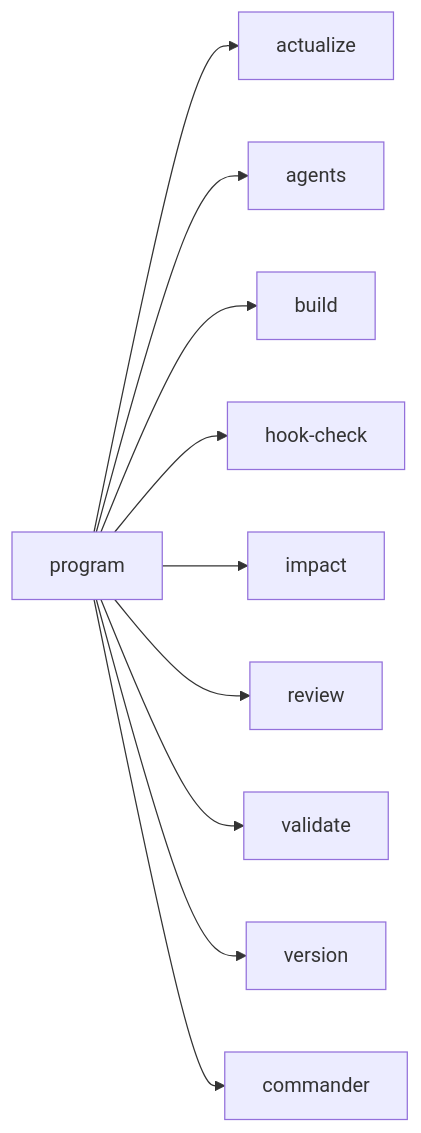
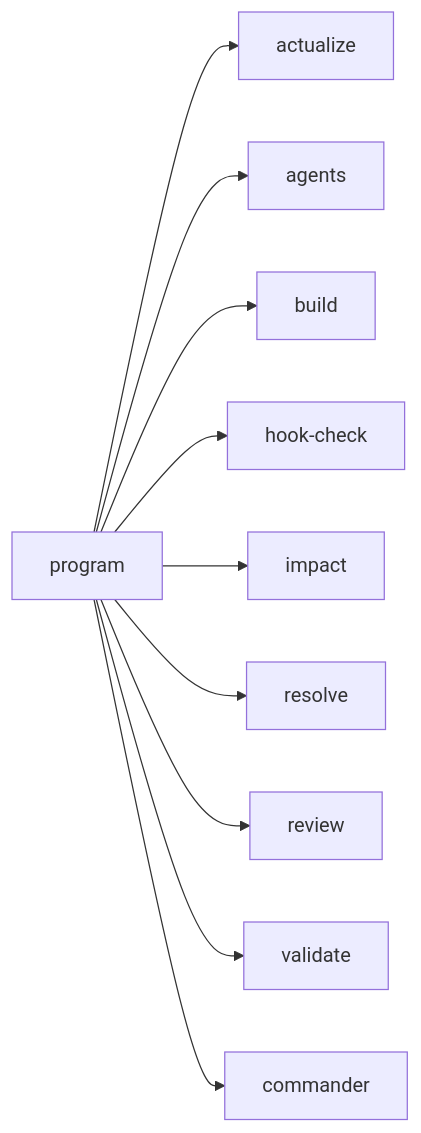
One commit to hellhellpnick/context-graph changed the diagram in .cursor/rules/ctxgraph--src-cli-program.mdc. Above: the diagram before and after it, drawn with Mermaid. The commit also changed other lines of this file and 160 other files, not shown here.

````diff
--- a/.cursor/rules/ctxgraph--src-cli-program.mdc
+++ b/.cursor/rules/ctxgraph--src-cli-program.mdc
@@ -14,13 +14,13 @@
 ```mermaid
 graph LR
   program[program]
   program --> actualize[actualize]
   program --> agents[agents]
   program --> build[build]
   program --> hook_check[hook-check]
   program --> impact[impact]
+  program --> resolve[resolve]
   program --> review[review]
   program --> validate[validate]
-  program --> version[version]
   program --> commander["commander"]
 ```
````
